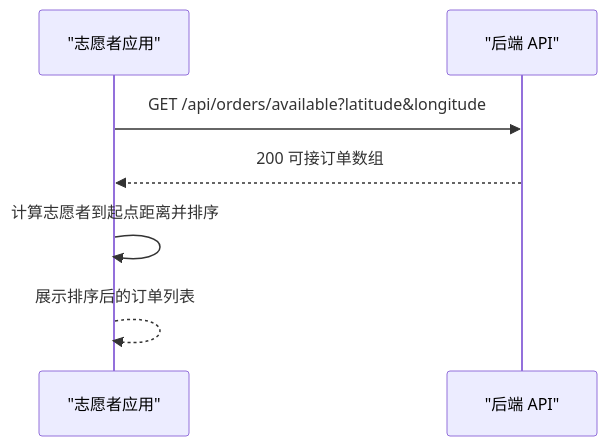
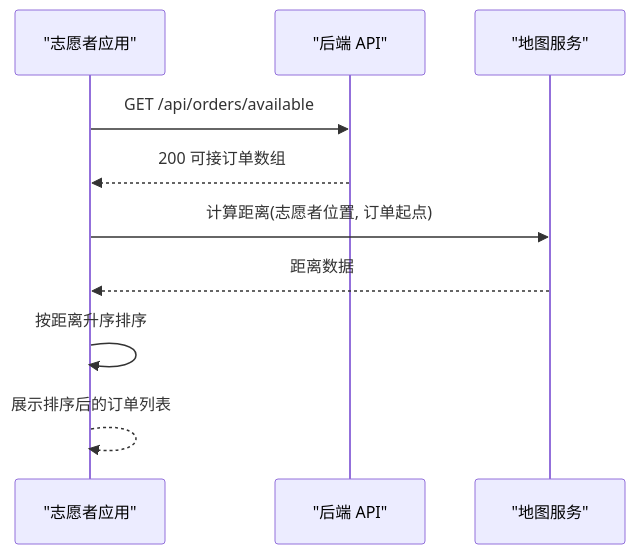
Before and after one commit to Jayden23018/blind-run-ios: the fifth of 12 diagrams in .qoder/repowiki/zh/content/核心功能模块/志愿者功能/志愿者功能.md, drawn with Mermaid. The commit also changed other lines of this file and 11 other files, not shown here.

Commit message:
Unify emergency safety flow and status handling

````diff
--- a/.qoder/repowiki/zh/content/核心功能模块/志愿者功能/志愿者功能.md
+++ b/.qoder/repowiki/zh/content/核心功能模块/志愿者功能/志愿者功能.md
@@ -262,9 +292,12 @@
 ```mermaid
 sequenceDiagram
 participant V as "志愿者应用"
 participant API as "后端 API"
-V->>API : GET /api/orders/available?latitude&longitude
+participant Map as "地图服务"
+V->>API : GET /api/orders/available
 API-->>V : 200 可接订单数组
-V->>V : 计算志愿者到起点距离并排序
+V->>Map : 计算距离(志愿者位置, 订单起点)
+Map-->>V : 距离数据
+V->>V : 按距离升序排序
 V-->>V : 展示排序后的订单列表
 ```
````
